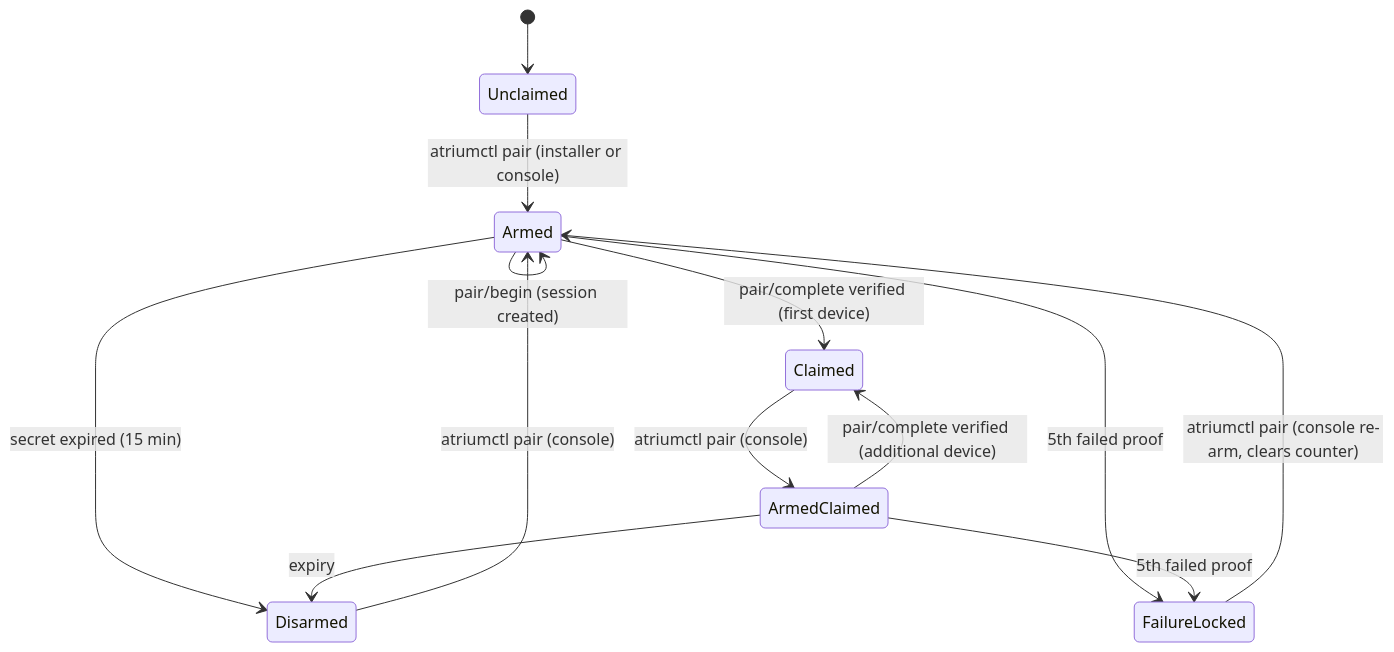
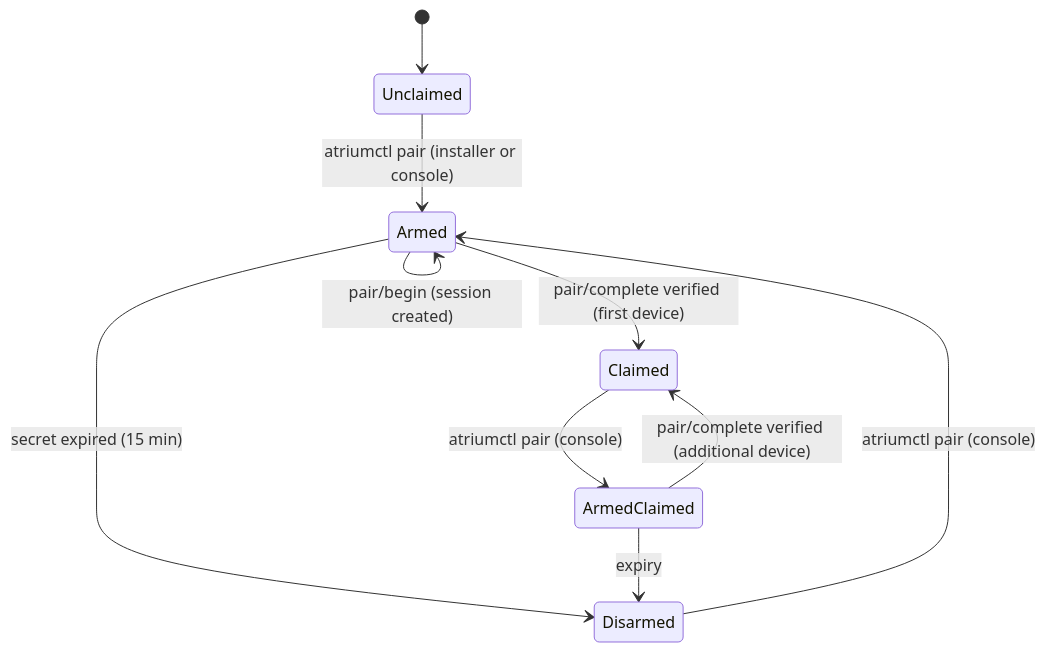
Before and after one commit to rumarcel/atrium: the diagram in docs/M1-IMPLEMENTATION-PLAN.md, drawn with Mermaid. The commit also changed other lines of this file and 15 other files, not shown here.

First line of the commit message:
feat(pairing): ADR-020 — a failed proof consumes its attempt; no five-failure lock

````diff
--- a/docs/M1-IMPLEMENTATION-PLAN.md
+++ b/docs/M1-IMPLEMENTATION-PLAN.md
@@ -677,15 +677,12 @@
 ```mermaid
 stateDiagram-v2
     [*] --> Unclaimed
     Unclaimed --> Armed: atriumctl pair (installer or console)
     Armed --> Armed: pair/begin (session created)
     Armed --> Claimed: pair/complete verified (first device)
     Armed --> Disarmed: secret expired (15 min)
-    Armed --> FailureLocked: 5th failed proof
     Claimed --> ArmedClaimed: atriumctl pair (console)
     ArmedClaimed --> Claimed: pair/complete verified (additional device)
     ArmedClaimed --> Disarmed: expiry
-    ArmedClaimed --> FailureLocked: 5th failed proof
-    FailureLocked --> Armed: atriumctl pair (console re-arm, clears counter)
     Disarmed --> Armed: atriumctl pair (console)
 ```
````
